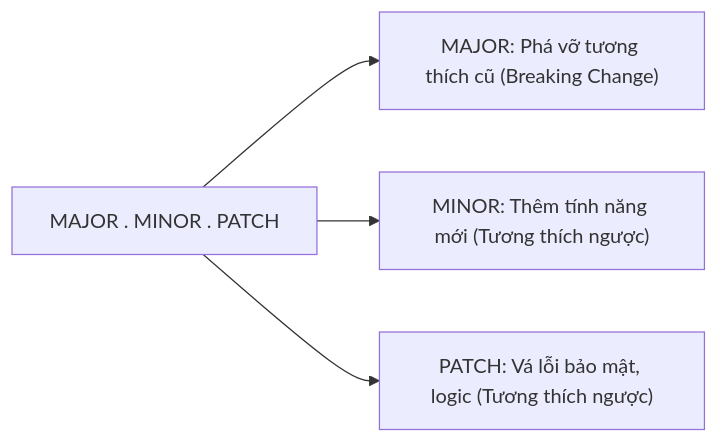
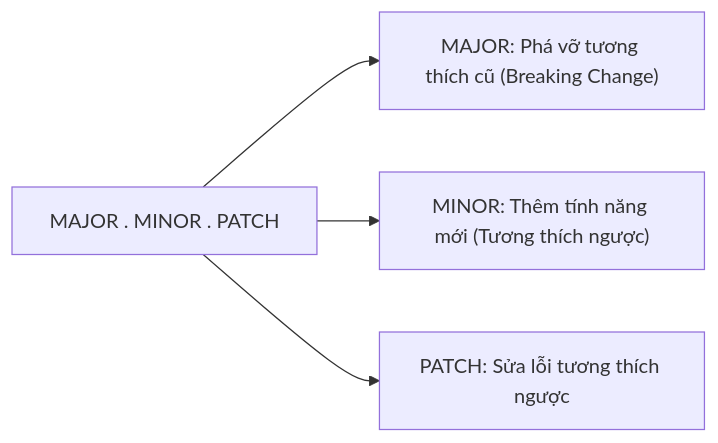
The diagram in courses/06-team-workflows/11-semantic-versioning/lesson.md (maitamdev/Git), drawn with Mermaid before and after one commit. The commit also changed other lines of this file and 478 other files, not shown here.

````diff
--- a/courses/06-team-workflows/11-semantic-versioning/lesson.md
+++ b/courses/06-team-workflows/11-semantic-versioning/lesson.md
@@ -35,7 +40,7 @@
 ```mermaid
 flowchart LR
     V["MAJOR . MINOR . PATCH"]
     V --> Maj["MAJOR: Phá vỡ tương thích cũ (Breaking Change)"]
     V --> Min["MINOR: Thêm tính năng mới (Tương thích ngược)"]
-    V --> Pat["PATCH: Vá lỗi bảo mật, logic (Tương thích ngược)"]
+    V --> Pat["PATCH: Sửa lỗi tương thích ngược"]
 ```
````
